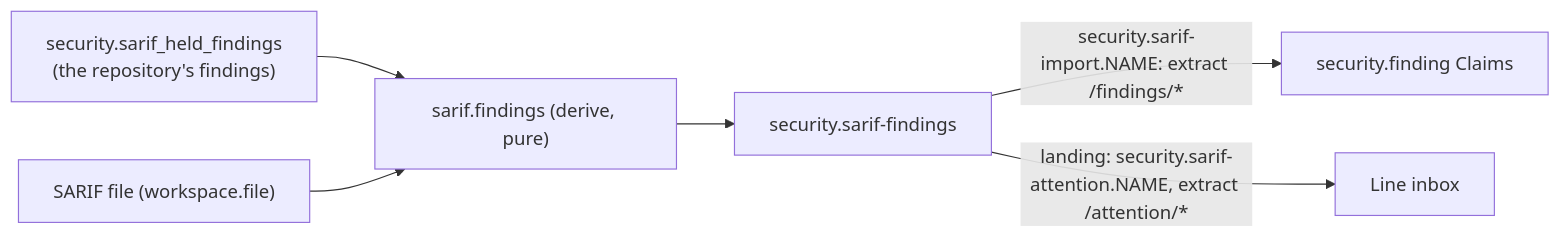
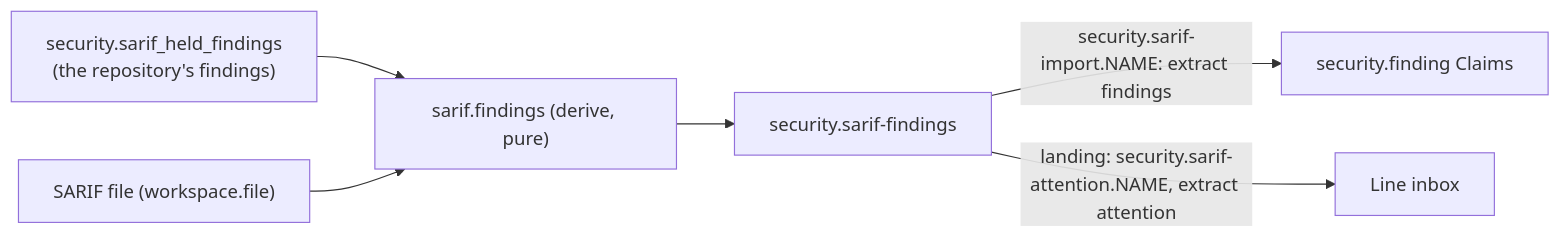
One commit to cruxible-ai/cruxible-kits changed the second of 2 diagrams in kits/security/source/pilot/README.md. Above: the diagram before and after it, drawn with Mermaid. The commit also changed other lines of this file and 3 other files, not shown here.

First line of the commit message:
Security kit READMEs: requires base, capabilities and layouts, schema-3 providers

````diff
--- a/kits/security/source/pilot/README.md
+++ b/kits/security/source/pilot/README.md
@@ -337,8 +382,8 @@
 ```mermaid
 flowchart LR
   held["security.sarif_held_findings<br/>(the repository's findings)"] --> derive
   file["SARIF file (workspace.file)"] --> derive["sarif.findings (derive, pure)"]
   derive --> doc["security.sarif-findings"]
-  doc -->|"security.sarif-import.NAME: extract /findings/*"| finding["security.finding Claims"]
-  doc -->|"landing: security.sarif-attention.NAME, extract /attention/*"| inbox["Line inbox"]
+  doc -->|"security.sarif-import.NAME: extract findings"| finding["security.finding Claims"]
+  doc -->|"landing: security.sarif-attention.NAME, extract attention"| inbox["Line inbox"]
 ```
````
